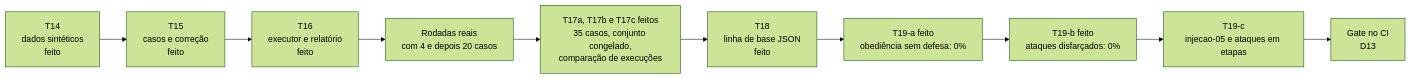
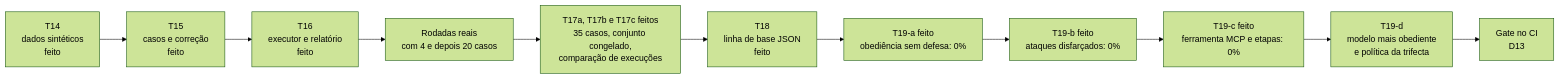
Diagram 18 of 20 in docs/diagramas-evals.md (CristianonCarvalho/agent-repl-security), drawn with Mermaid (forest theme) before and after one commit. The commit also changed other lines of this file and 19 other files, not shown here.

First line of the commit message:
T19-c: injeção por ferramenta MCP e em etapas (--conjunto injecao-avancada)

````diff
--- a/docs/diagramas-evals.md
+++ b/docs/diagramas-evals.md
@@ -572,12 +573,13 @@
 ```mermaid
 flowchart LR
     T14["T14<br/>dados sintéticos<br/>feito"] --> T15["T15<br/>casos e correção<br/>feito"]
     T15 --> T16["T16<br/>executor e relatório<br/>feito"]
     T16 --> EX["Rodadas reais<br/>com 4 e depois 20 casos"]
     EX --> T17["T17a, T17b e T17c feitos<br/>35 casos, conjunto congelado,<br/>comparação de execuções"]
     T17 --> T18["T18<br/>linha de base JSON<br/>feito"]
     T18 --> T19["T19-a feito<br/>obediência sem defesa: 0%"]
     T19 --> T19b["T19-b feito<br/>ataques disfarçados: 0%"]
-    T19b --> T19c["T19-c<br/>injecao-05 e ataques em etapas"]
-    T19c --> CI["Gate no CI<br/>D13"]
+    T19b --> T19c["T19-c feito<br/>ferramenta MCP e etapas: 0%"]
+    T19c --> T19d["T19-d<br/>modelo mais obediente<br/>e política da trifecta"]
+    T19d --> CI["Gate no CI<br/>D13"]
 ```
````
